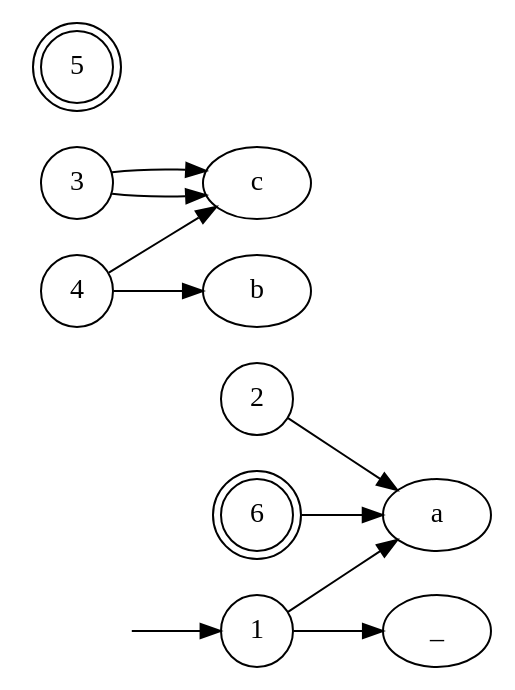
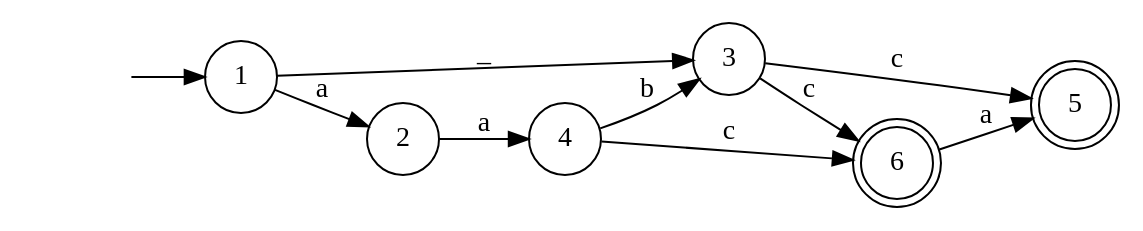
Before and after one commit to JackyThePro/ALE: the diagram in ALE2/ALE2/bin/Debug/GenerateAutomata.dot, drawn with Graphviz. The commit also changed 10 other files, not shown here.

Commit message:
Minor changes - GraphViz

```diff
--- a/ALE2/ALE2/bin/Debug/GenerateAutomata.dot
+++ b/ALE2/ALE2/bin/Debug/GenerateAutomata.dot
@@ -1,20 +1,20 @@
 digraph myAutomaton {
   rankdir=LR;
 "" [shape=none]
 "1" [shape=circle]
 "2" [shape=circle]
 "3" [shape=circle]
 "4" [shape=circle]
 "5" [shape=doublecircle]
 "6" [shape=doublecircle]
 
 "" -> "1"
-"1" -> "a"[label=""]
-"1" -> "_"[label=""]
-"2" -> "a"[label=""]
-"3" -> "c"[label=""]
-"3" -> "c"[label=""]
-"4" -> "c"[label=""]
-"4" -> "b"[label=""]
-"6" -> "a"[label=""]
+"1" -> "2"[label="a"]
+"1" -> "3"[label="_"]
+"2" -> "4"[label="a"]
+"3" -> "5"[label="c"]
+"3" -> "6"[label="c"]
+"4" -> "6"[label="c"]
+"4" -> "3"[label="b"]
+"6" -> "5"[label="a"]
 }
```
